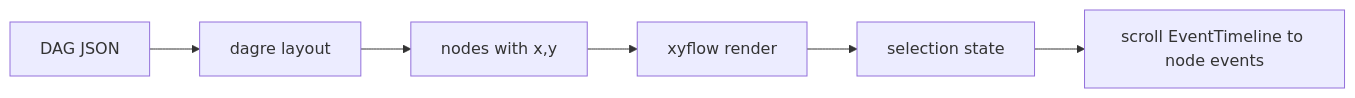
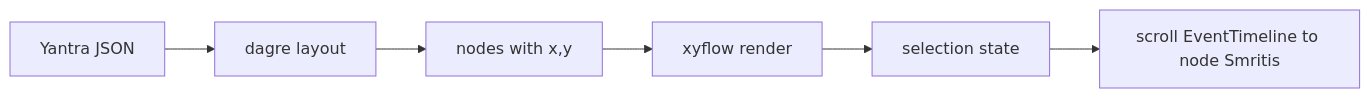
The sixth of 8 diagrams in documentation/src/04-Frontend-Architecture.md (so-weak/Aakaar), drawn with Mermaid before and after one commit. The commit also changed other lines of this file and 56 other files, not shown here.

````diff
--- a/documentation/src/04-Frontend-Architecture.md
+++ b/documentation/src/04-Frontend-Architecture.md
@@ -190,8 +190,8 @@
 ```mermaid
 flowchart LR
-  IN["DAG JSON"] --> ML["dagre layout"]
+  IN["Yantra JSON"] --> ML["dagre layout"]
   ML --> NX["nodes with x,y"]
   NX --> RF["xyflow render"]
   RF --> SEL["selection state"]
-  SEL --> ET["scroll EventTimeline to node events"]
+  SEL --> ET["scroll EventTimeline to node Smritis"]
 ```
````
